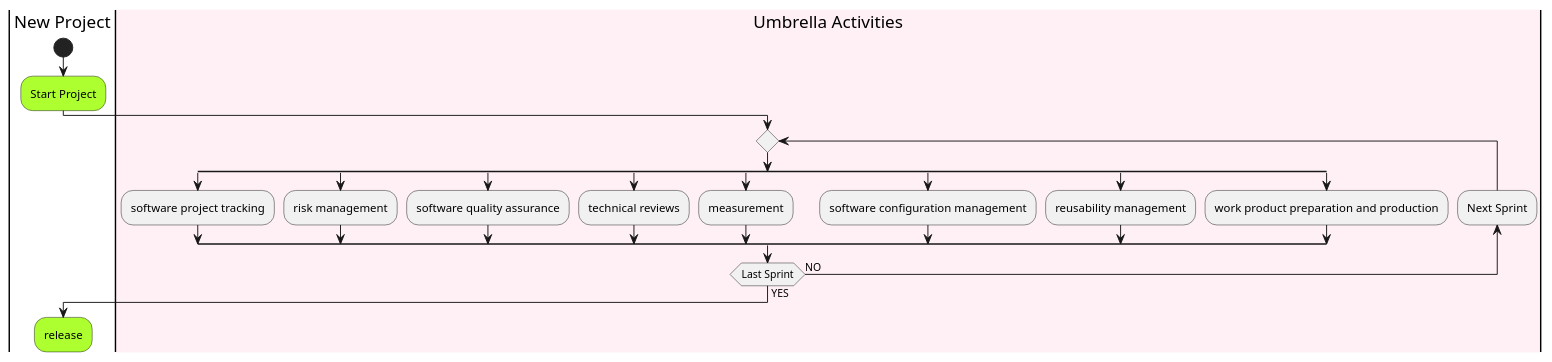
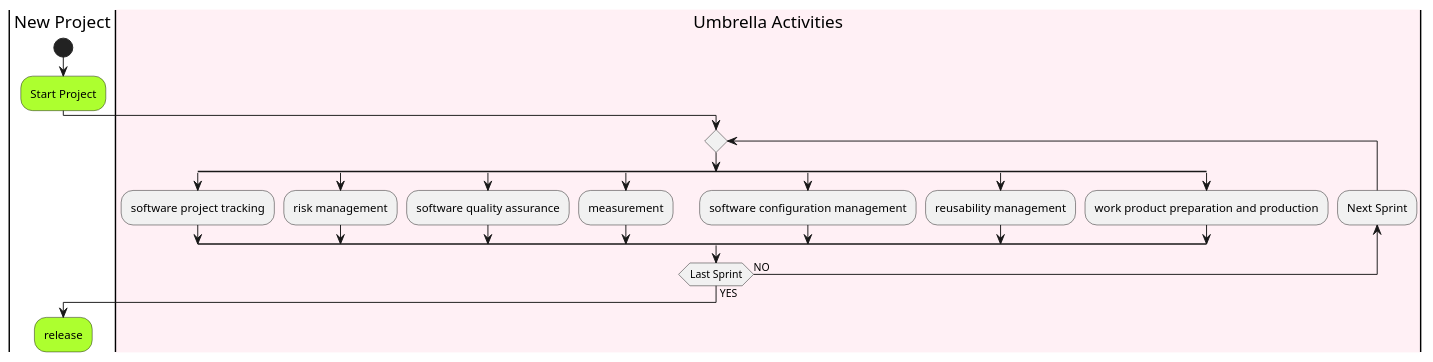
The first of 22 diagrams in M1/Umbrella.puml (KPZNet/CSC505), drawn with PlantUML before and after one commit. The commit also changed 1 other file, not shown here.

```diff
--- a/M1/Umbrella.puml
+++ b/M1/Umbrella.puml
@@ -2,34 +2,32 @@
 @startuml UmbrellaActivities
 |New Project|
 
 start
 
 #GreenYellow:Start Project;
 
 |#LavenderBlush|Umbrella Activities|
 repeat
 
 split
   :software project tracking;
 split again
   :risk management;
 split again
   :software quality assurance;
 split again
-  :technical reviews;
-split again
   :measurement;
 split again
   :software configuration management;
 split again
   :reusability management;
 split again
   :work product preparation and production;
 end split;
 backward :Next Sprint;
 repeatwhile (Last Sprint) is (NO) not (YES)
 |New Project|
 
 #GreenYellow:release;
 
 @enduml
```
